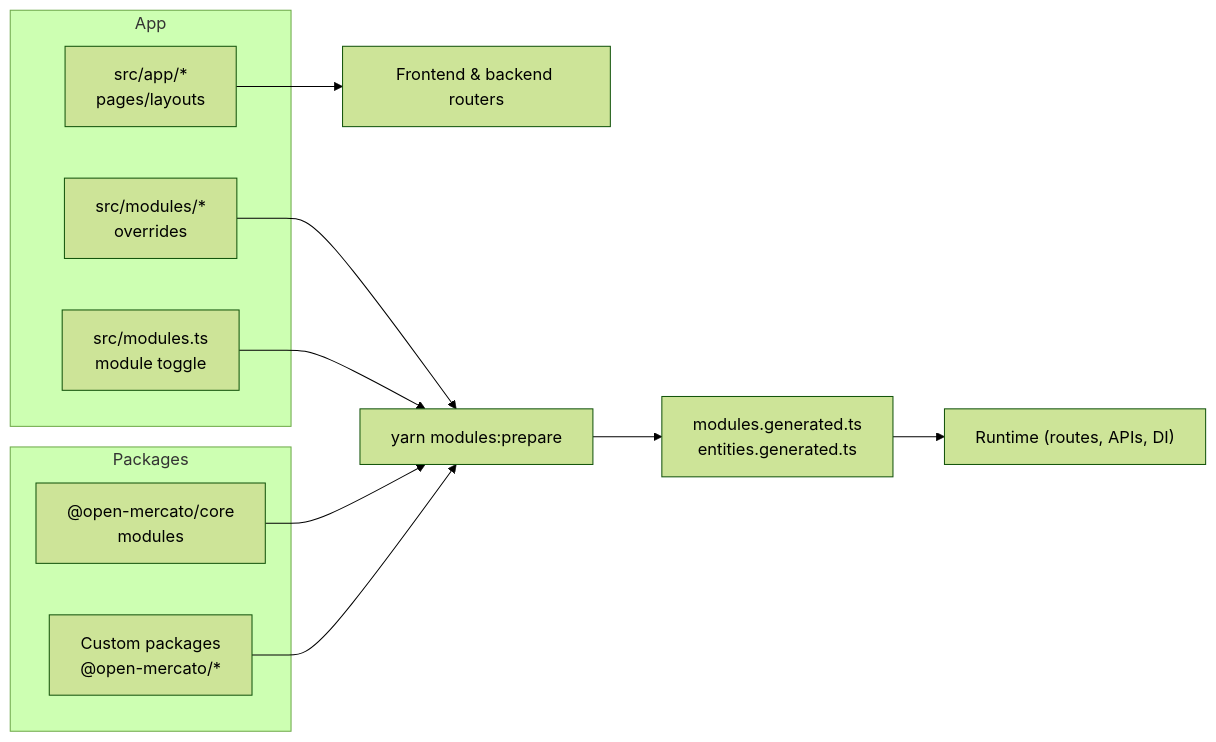
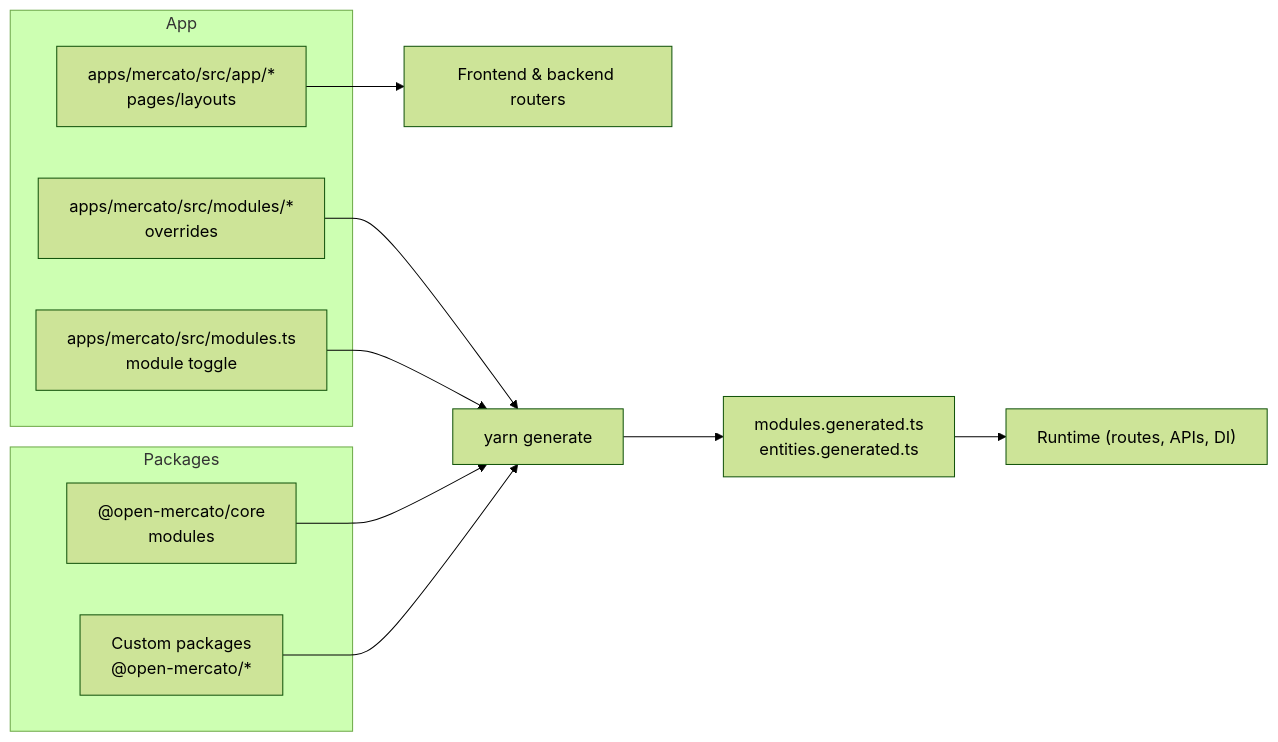
Before and after one commit to open-mercato/open-mercato: the third of 3 diagrams in apps/docs/docs/architecture/system-overview.mdx, drawn with Mermaid (forest theme). The commit also changed other lines of this file and 870 other files, not shown here.

````diff
--- a/apps/docs/docs/architecture/system-overview.mdx
+++ b/apps/docs/docs/architecture/system-overview.mdx
@@ -91,19 +91,19 @@
 ```mermaid
 flowchart LR
     subgraph App
-        SRC["src/app/*<br/>pages/layouts"]
-        SM["src/modules/*<br/>overrides"]
-        MT["src/modules.ts<br/>module toggle"]
+        SRC["apps/mercato/src/app/*<br/>pages/layouts"]
+        SM["apps/mercato/src/modules/*<br/>overrides"]
+        MT["apps/mercato/src/modules.ts<br/>module toggle"]
     end
     subgraph Packages
         CORE["@open-mercato/core<br/>modules"]
         EXTRA["Custom packages<br/>@open-mercato/*"]
     end
     SRC --> Router["Frontend & backend routers"]
-    SM --> Generator["yarn modules:prepare"]
+    SM --> Generator["yarn generate"]
     CORE --> Generator
     EXTRA --> Generator
     MT --> Generator
     Generator --> Registry["modules.generated.ts\nentities.generated.ts"]
     Registry --> Runtime["Runtime (routes, APIs, DI)"]
 ```
````
